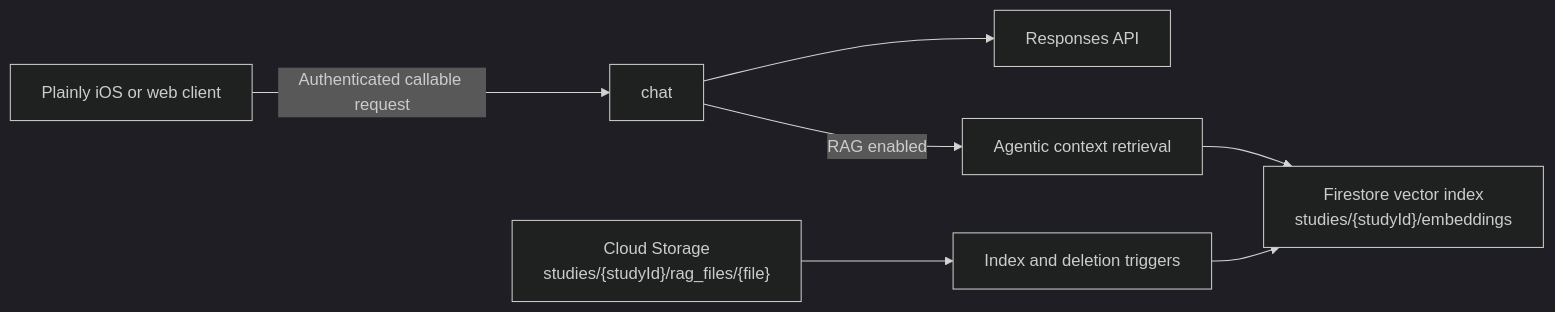
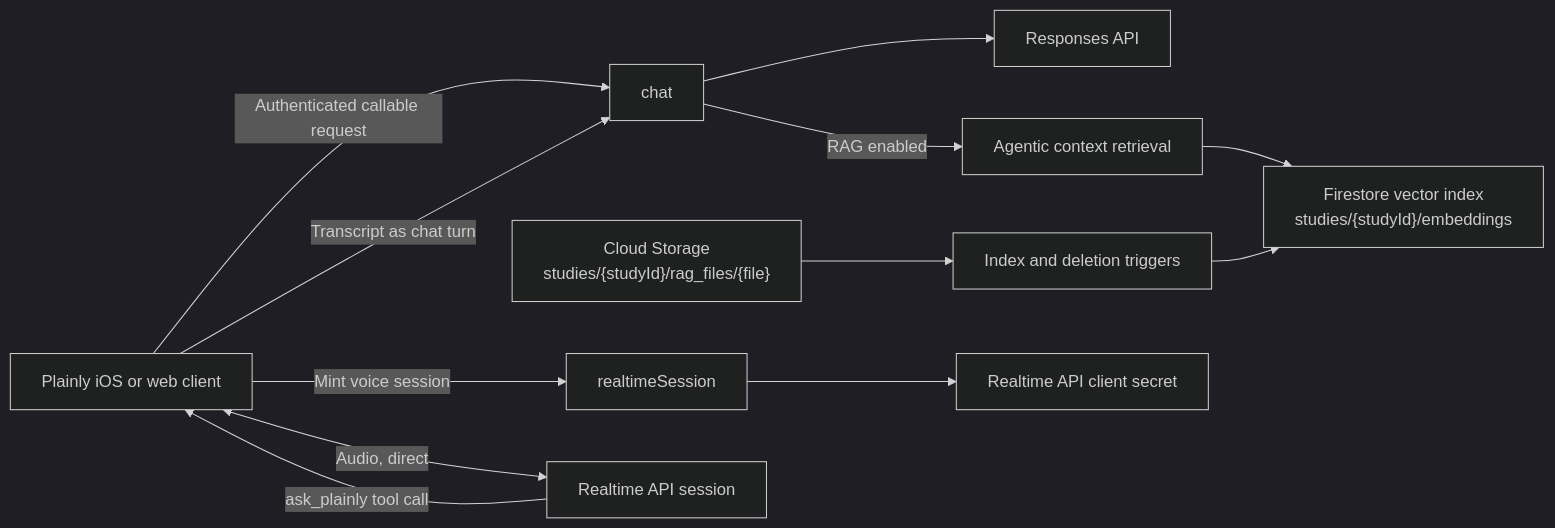
One commit to SchmiedmayerLab/Plainly-Firebase changed the diagram in README.md. Above: the diagram before and after it, drawn with Mermaid (dark theme). The commit also changed other lines of this file and 29 other files, not shown here.

````diff
--- a/README.md
+++ b/README.md
@@ -38,9 +39,14 @@
 ```mermaid
 flowchart LR
     A["Plainly iOS or web client"] -->|"Authenticated callable request"| B["chat"]
     B --> C["Responses API"]
     B -->|"RAG enabled"| D["Agentic context retrieval"]
     D --> E["Firestore vector index<br/>studies/{studyId}/embeddings"]
     F["Cloud Storage<br/>studies/{studyId}/rag_files/{file}"] --> G["Index and deletion triggers"]
     G --> E
+    A -->|"Mint voice session"| H["realtimeSession"]
+    H --> I["Realtime API client secret"]
+    A <-->|"Audio, direct"| J["Realtime API session"]
+    J -->|"ask_plainly tool call"| A
+    A -->|"Transcript as chat turn"| B
 ```
````
